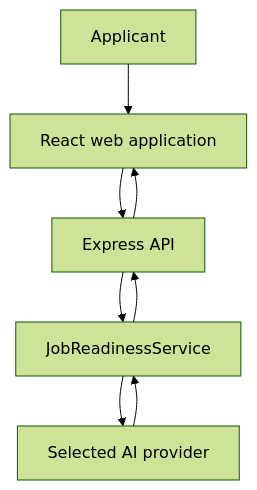
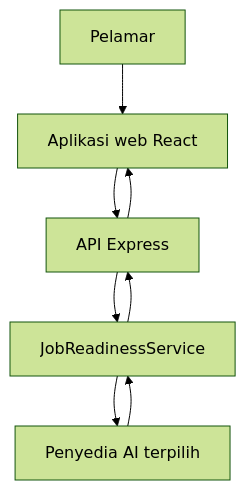
The first of 2 diagrams in docs/ARCHITECTURE.md (sulujulianto/lokerlens-ai), drawn with Mermaid (forest theme) before and after one commit. The commit also changed other lines of this file and 11 other files, not shown here.

````diff
--- a/docs/ARCHITECTURE.md
+++ b/docs/ARCHITECTURE.md
@@ -8,10 +8,10 @@
 ```mermaid
 flowchart TD
-    U["Applicant"] --> W["React web application"]
-    W --> API["Express API"]
+    U["Pelamar"] --> W["Aplikasi web React"]
+    W --> API["API Express"]
     API --> S["JobReadinessService"]
-    S --> P["Selected AI provider"]
+    S --> P["Penyedia AI terpilih"]
     P --> S
     S --> API
     API --> W
 ```
````
